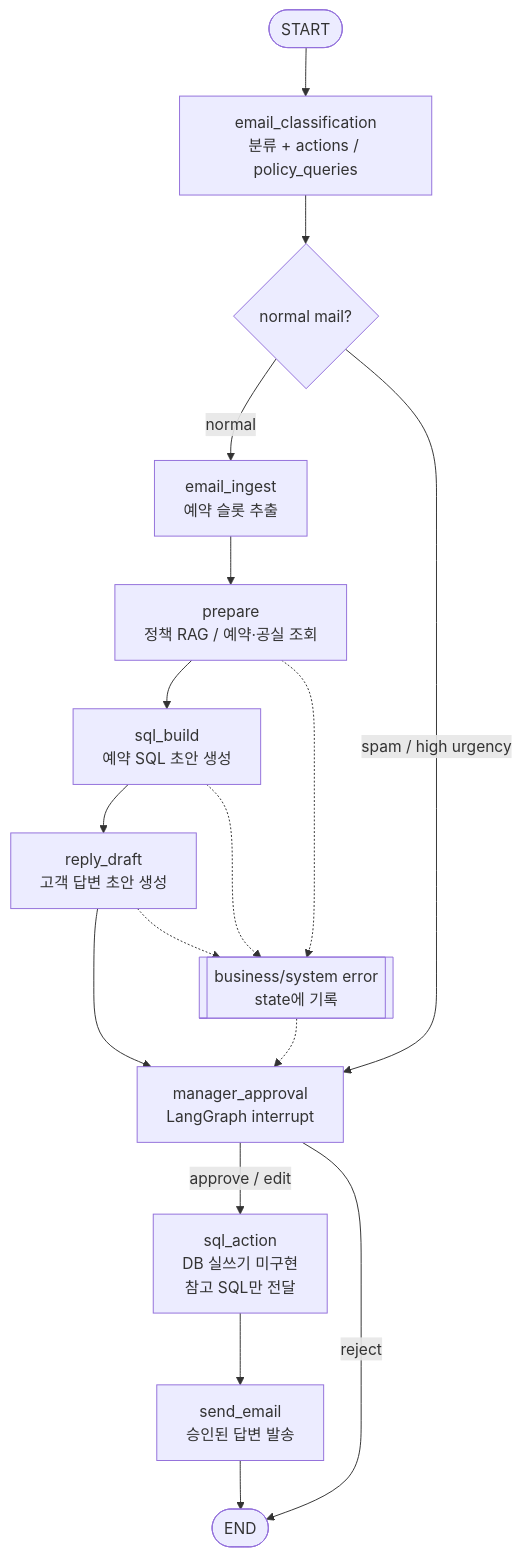
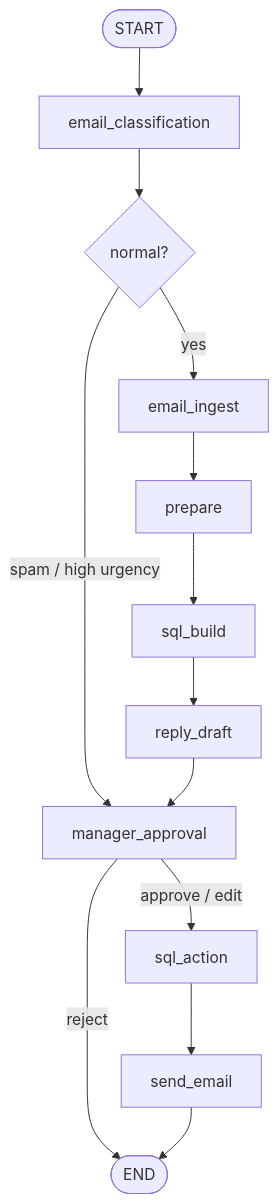
One commit to jb2002a/hotel_AI changed the diagram in README.md. Above: the diagram before and after it, drawn with Mermaid.

Commit message:
feat : 머메이드 수정

````diff
--- a/README.md
+++ b/README.md
@@ -49,20 +49,15 @@
 ```mermaid
 flowchart TD
-    START([START]) --> CLASSIFY[email_classification<br/>분류 + actions / policy_queries]
-    CLASSIFY --> INGEST{normal mail?}
-    INGEST -->|normal| EXTRACT[email_ingest<br/>예약 슬롯 추출]
-    INGEST -->|spam / high urgency| APPROVAL[manager_approval<br/>LangGraph interrupt]
-    EXTRACT --> PREPARE[prepare<br/>정책 RAG / 예약·공실 조회]
-    PREPARE --> SQL[sql_build<br/>예약 SQL 초안 생성]
-    SQL --> DRAFT[reply_draft<br/>고객 답변 초안 생성]
+    START([START]) --> CLASSIFY[email_classification]
+    CLASSIFY --> INGEST{normal?}
+    INGEST -->|yes| EXTRACT[email_ingest]
+    INGEST -->|spam / high urgency| APPROVAL[manager_approval]
+    EXTRACT --> PREPARE[prepare]
+    PREPARE --> SQL[sql_build]
+    SQL --> DRAFT[reply_draft]
     DRAFT --> APPROVAL
-    ERROR[[business/system error<br/>state에 기록]]
-    PREPARE -.-> ERROR
-    SQL -.-> ERROR
-    DRAFT -.-> ERROR
-    ERROR -.-> APPROVAL
-    APPROVAL -->|approve / edit| ACTION[sql_action<br/>DB 실쓰기 미구현<br/>참고 SQL만 전달]
-    ACTION --> SEND[send_email<br/>승인된 답변 발송]
+    APPROVAL -->|approve / edit| ACTION[sql_action]
+    ACTION --> SEND[send_email]
     APPROVAL -->|reject| END([END])
     SEND --> END
 ```
````
